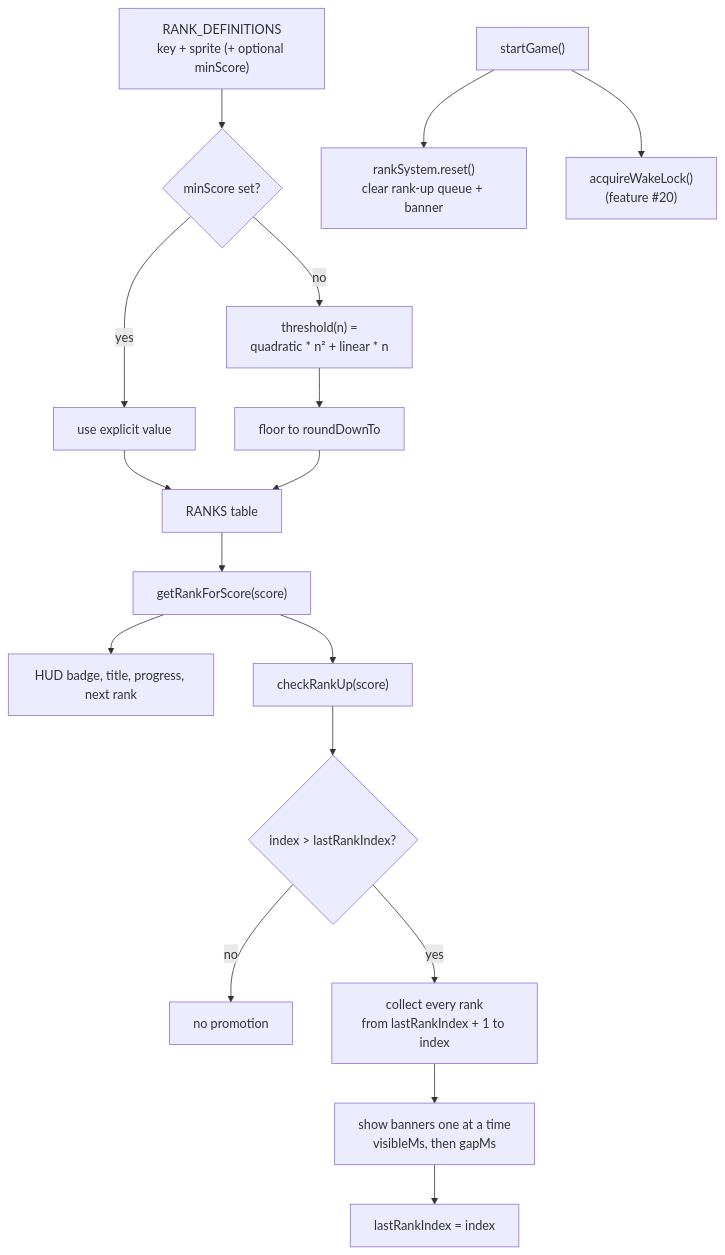
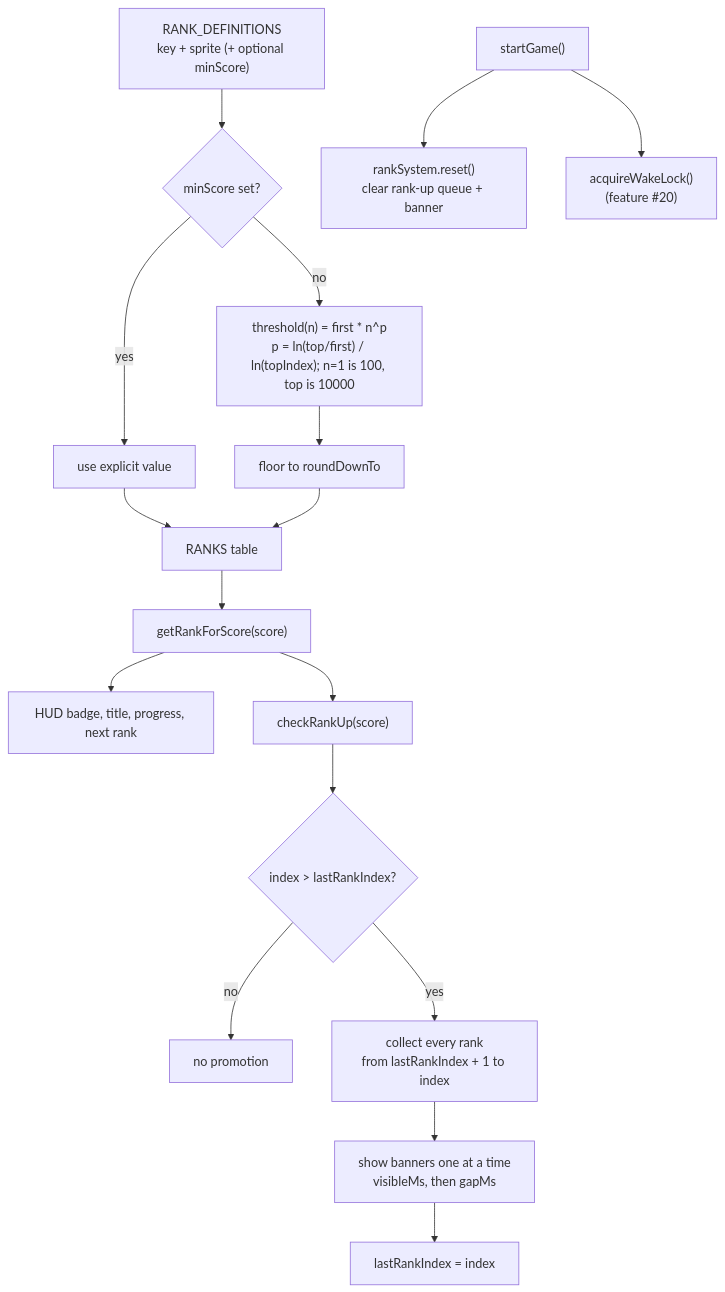
One commit to Protosnake/veslo changed the first of 2 diagrams in docs/features/12-ranking.md. Above: the diagram before and after it, drawn with Mermaid. The commit also changed other lines of this file and 20 other files, not shown here.

````diff
--- a/docs/features/12-ranking.md
+++ b/docs/features/12-ranking.md
@@ -5,19 +5,19 @@
 ```mermaid
 flowchart TD
     A["RANK_DEFINITIONS<br/>key + sprite (+ optional minScore)"] --> B{"minScore set?"}
     B -->|yes| C["use explicit value"]
-    B -->|no| D["threshold(n) =<br/>quadratic * n² + linear * n"]
+    B -->|no| D["threshold(n) = first * n^p<br/>p = ln(top/first) / ln(topIndex); n=1 is 100, top is 10000"]
     D --> E["floor to roundDownTo"]
     C --> F["RANKS table"]
     E --> F
     F --> G["getRankForScore(score)"]
     G --> H["HUD badge, title, progress, next rank"]
     G --> I["checkRankUp(score)"]
     I --> J{"index > lastRankIndex?"}
     J -->|no| K["no promotion"]
     J -->|yes| L["collect every rank<br/>from lastRankIndex + 1 to index"]
     L --> M["show banners one at a time<br/>visibleMs, then gapMs"]
     M --> N["lastRankIndex = index"]
     O["startGame()"] --> P["rankSystem.reset()<br/>clear rank-up queue + banner"]
     O --> W["acquireWakeLock()<br/>(feature #20)"]
 ```
````
